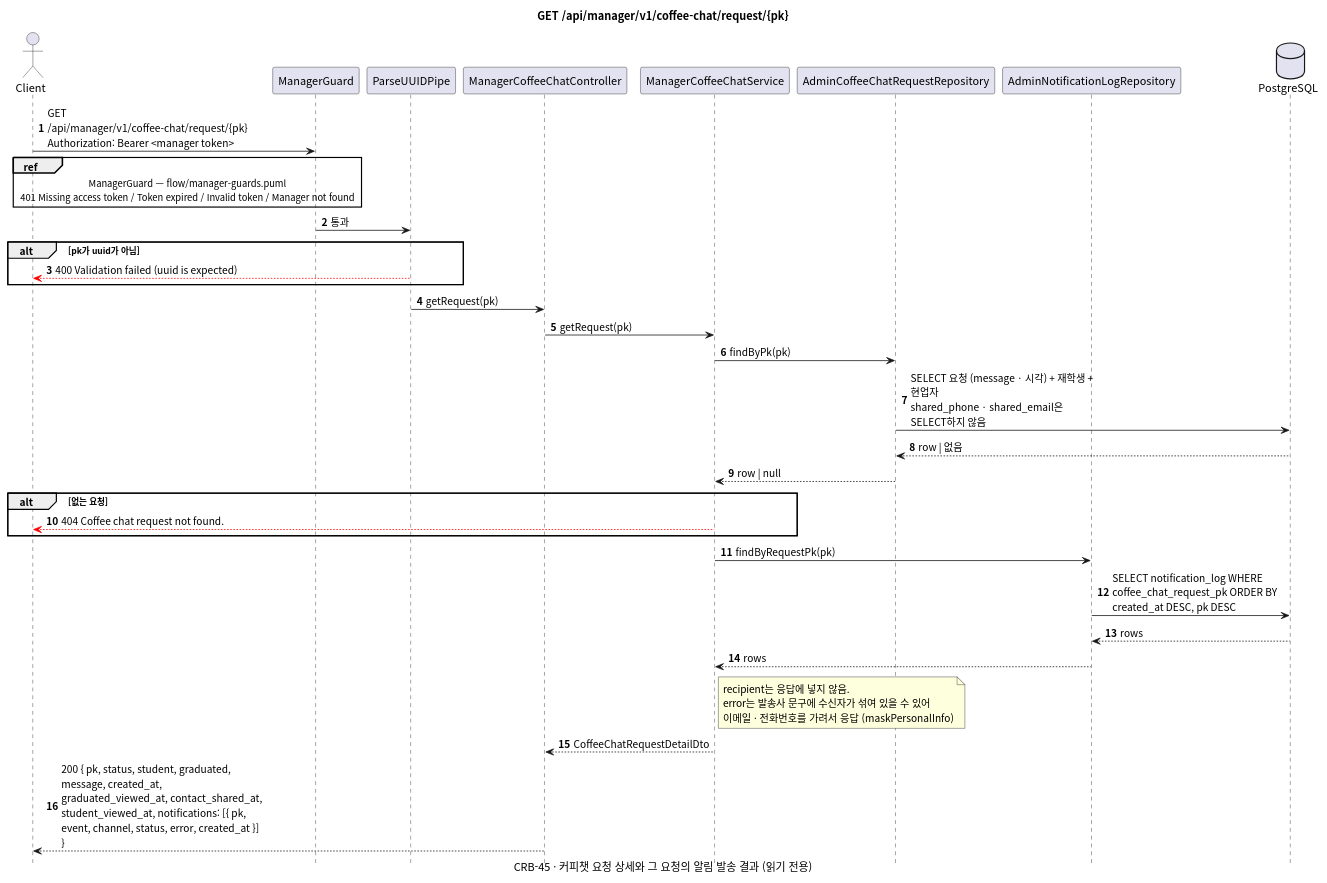
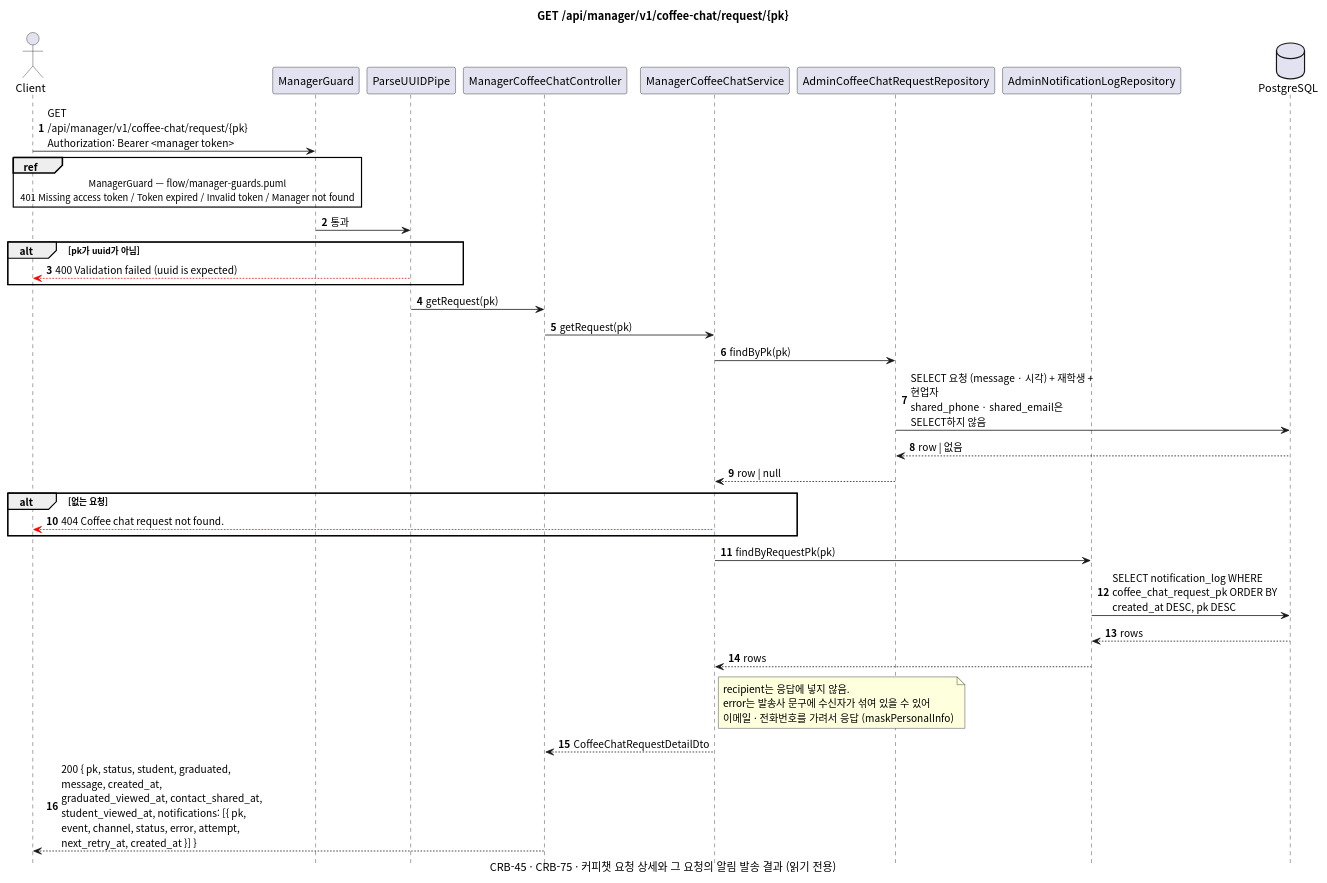
One commit to gsainfoteam/cheers-be changed the diagram in docs/sequence/manager/get-coffee-chat-request-pk.puml. Above: the diagram before and after it, drawn with PlantUML. The commit also changed 6 other files, not shown here.

Commit message:
- docs: update sequence diagrams for notification retry and verification mail (CRB-75)

```diff
--- a/docs/sequence/manager/get-coffee-chat-request-pk.puml
+++ b/docs/sequence/manager/get-coffee-chat-request-pk.puml
@@ -1,50 +1,50 @@
 @startuml get-manager-coffee-chat-request-pk
 skinparam defaultFontName "Apple SD Gothic Neo", "Noto Sans CJK KR", sans-serif
 skinparam responseMessageBelowArrow true
 skinparam sequenceMessageAlign left
 skinparam maxMessageSize 260
 skinparam BoxPadding 8
 skinparam shadowing false
 autonumber
 hide footbox
 
 title GET /api/manager/v1/coffee-chat/request/{pk}
-caption CRB-45 · 커피챗 요청 상세와 그 요청의 알림 발송 결과 (읽기 전용)
+caption CRB-45 · CRB-75 · 커피챗 요청 상세와 그 요청의 알림 발송 결과 (읽기 전용)
 
 actor Client
 participant "ManagerGuard" as Guard
 participant "ParseUUIDPipe" as Pipe
 participant "ManagerCoffeeChatController" as Controller
 participant "ManagerCoffeeChatService" as Service
 participant "AdminCoffeeChatRequestRepository" as RequestRepository
 participant "AdminNotificationLogRepository" as LogRepository
 database PostgreSQL
 
 Client -> Guard: GET /api/manager/v1/coffee-chat/request/{pk}\nAuthorization: Bearer <manager token>
 ref over Client, Guard: ManagerGuard — flow/manager-guards.puml\n401 Missing access token / Token expired / Invalid token / Manager not found
 Guard -> Pipe: 통과
 alt pk가 uuid가 아님
   Pipe -[#red]-> Client: 400 Validation failed (uuid is expected)
 end
 Pipe -> Controller: getRequest(pk)
 Controller -> Service: getRequest(pk)
 Service -> RequestRepository: findByPk(pk)
 RequestRepository -> PostgreSQL: SELECT 요청 (message · 시각) + 재학생 + 현업자\nshared_phone · shared_email은 SELECT하지 않음
 PostgreSQL --> RequestRepository: row | 없음
 RequestRepository --> Service: row | null
 alt 없는 요청
   Service -[#red]-> Client: 404 Coffee chat request not found.
 end
 Service -> LogRepository: findByRequestPk(pk)
 LogRepository -> PostgreSQL: SELECT notification_log WHERE coffee_chat_request_pk ORDER BY created_at DESC, pk DESC
 PostgreSQL --> LogRepository: rows
 LogRepository --> Service: rows
 note right of Service
   recipient는 응답에 넣지 않음.
   error는 발송사 문구에 수신자가 섞여 있을 수 있어
   이메일 · 전화번호를 가려서 응답 (maskPersonalInfo)
 end note
 Service --> Controller: CoffeeChatRequestDetailDto
-Controller --> Client: 200 { pk, status, student, graduated, message, created_at, graduated_viewed_at, contact_shared_at, student_viewed_at, notifications: [{ pk, event, channel, status, error, created_at }] }
+Controller --> Client: 200 { pk, status, student, graduated, message, created_at, graduated_viewed_at, contact_shared_at, student_viewed_at, notifications: [{ pk, event, channel, status, error, attempt, next_retry_at, created_at }] }
 
 @enduml
```
